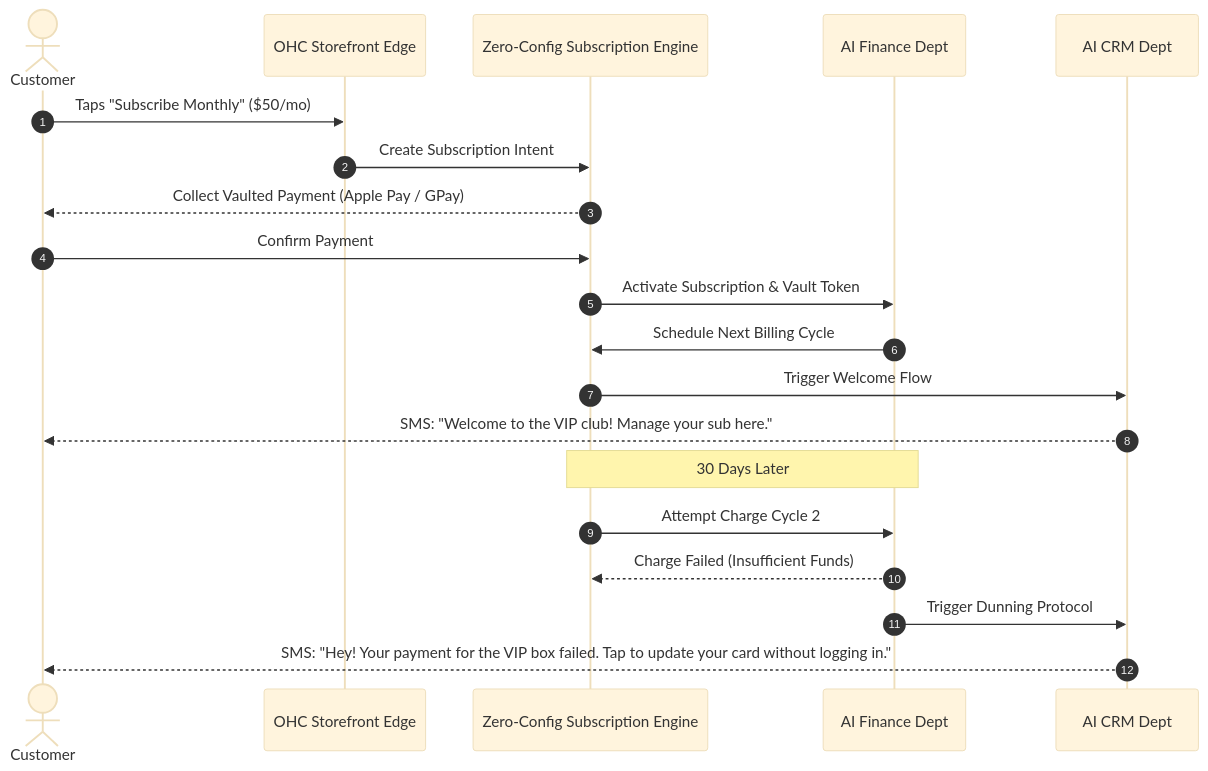
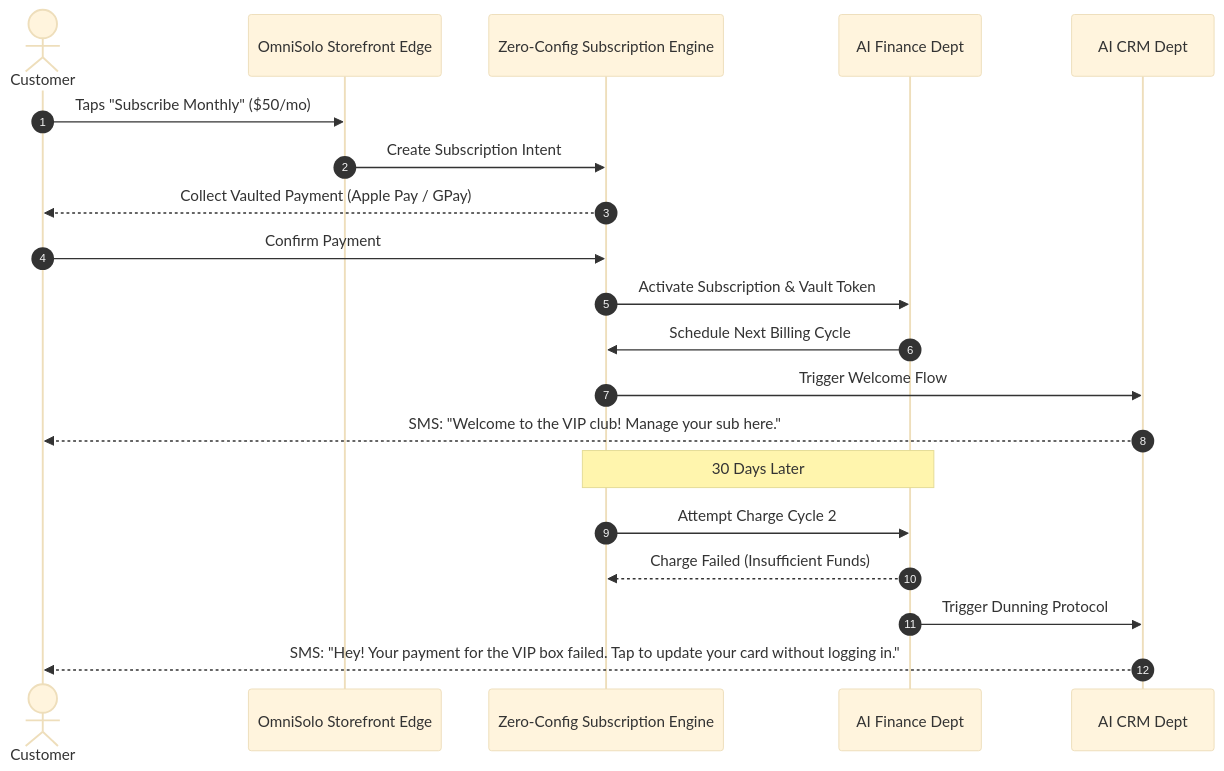
One commit to omnisolo-llc/onehumancorp changed the second of 2 diagrams in docs/research/[architecture]_zero_config_subscription_billing_engine.md. Above: the diagram before and after it, drawn with Mermaid (base theme). The commit also changed other lines of this file and 2191 other files, not shown here.

Commit message:
feat: complete OmniSolo rename and browser audit

````diff
--- a/docs/research/[architecture]_zero_config_subscription_billing_engine.md
+++ b/docs/research/[architecture]_zero_config_subscription_billing_engine.md
@@ -37,25 +37,25 @@
 ```mermaid
 sequenceDiagram
     autonumber
     actor Customer
-    participant Storefront as OHC Storefront Edge
+    participant Storefront as OmniSolo Storefront Edge
     participant SubEngine as Zero-Config Subscription Engine
     participant FinanceAgent as AI Finance Dept
     participant CRM_Agent as AI CRM Dept
 
     Customer->>Storefront: Taps "Subscribe Monthly" ($50/mo)
     Storefront->>SubEngine: Create Subscription Intent
     SubEngine-->>Customer: Collect Vaulted Payment (Apple Pay / GPay)
     Customer->>SubEngine: Confirm Payment
     SubEngine->>FinanceAgent: Activate Subscription & Vault Token
     FinanceAgent->>SubEngine: Schedule Next Billing Cycle
     SubEngine->>CRM_Agent: Trigger Welcome Flow
     CRM_Agent-->>Customer: SMS: "Welcome to the VIP club! Manage your sub here."
 
     %% Cycle 2 - Failed Payment Scenario
     Note over SubEngine, FinanceAgent: 30 Days Later
     SubEngine->>FinanceAgent: Attempt Charge Cycle 2
     FinanceAgent-->>SubEngine: Charge Failed (Insufficient Funds)
     FinanceAgent->>CRM_Agent: Trigger Dunning Protocol
     CRM_Agent-->>Customer: SMS: "Hey! Your payment for the VIP box failed. Tap to update your card without logging in."
 ```
````
